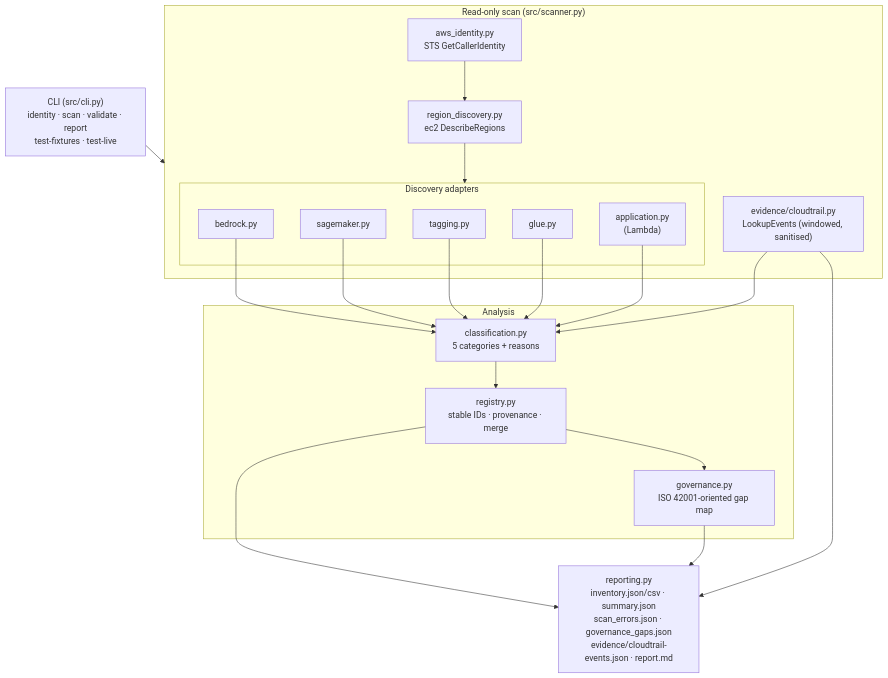
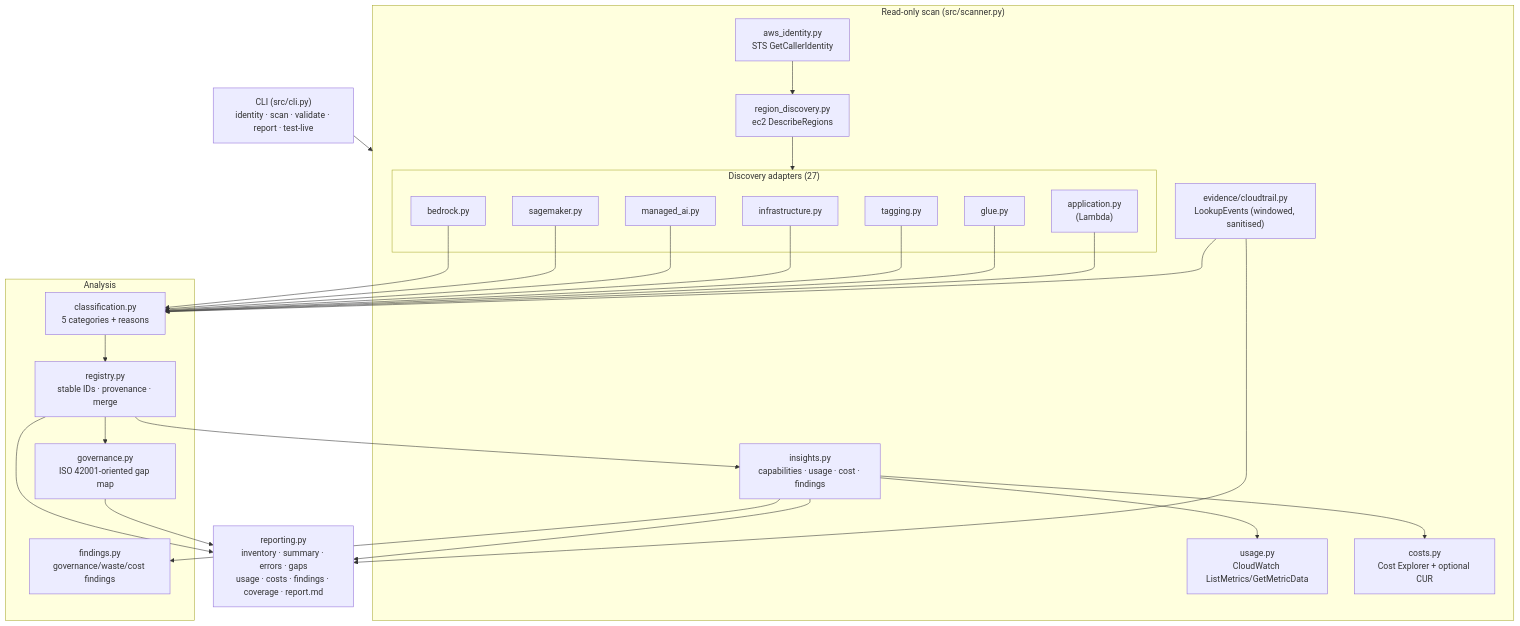
The diagram in docs/architecture.md (yashascoding/aws-ai-discovery-agent), drawn with Mermaid before and after one commit. The commit also changed other lines of this file and 6 other files, not shown here.

Commit message:
docs: document discovery, AWS access, and scan limits

````diff
--- a/docs/architecture.md
+++ b/docs/architecture.md
@@ -16,40 +16,53 @@
 ```mermaid
 flowchart TD
-    CLI["CLI (src/cli.py)<br/>identity · scan · validate · report<br/>test-fixtures · test-live"]
+    CLI["CLI (src/cli.py)<br/>identity · scan · validate · report · test-live"]
 
     subgraph Scan["Read-only scan (src/scanner.py)"]
         ID["aws_identity.py<br/>STS GetCallerIdentity"]
         REG["region_discovery.py<br/>ec2 DescribeRegions"]
-        subgraph Discovery["Discovery adapters"]
+        subgraph Discovery["Discovery adapters (27)"]
             BR["bedrock.py"]
             SM["sagemaker.py"]
+            MA["managed_ai.py"]
+            INF["infrastructure.py"]
             TAG["tagging.py"]
             GL["glue.py"]
             APP["application.py<br/>(Lambda)"]
         end
         CT["evidence/cloudtrail.py<br/>LookupEvents (windowed, sanitised)"]
+        INS["insights.py<br/>capabilities · usage · cost · findings"]
+        UW["usage.py<br/>CloudWatch ListMetrics/GetMetricData"]
+        CO["costs.py<br/>Cost Explorer + optional CUR"]
     end
 
     subgraph Analysis
         CLS["classification.py<br/>5 categories + reasons"]
         REGR["registry.py<br/>stable IDs · provenance · merge"]
         GOV["governance.py<br/>ISO 42001-oriented gap map"]
+        FND["findings.py<br/>governance/waste/cost findings"]
     end
 
-    OUT["reporting.py<br/>inventory.json/csv · summary.json<br/>scan_errors.json · governance_gaps.json<br/>evidence/cloudtrail-events.json · report.md"]
+    OUT["reporting.py<br/>inventory · summary · errors · gaps<br/>usage · costs · findings · coverage · report.md"]
 
     CLI --> Scan
     ID --> REG
     REG --> Discovery
     BR --> CLS
     SM --> CLS
+    MA --> CLS
+    INF --> CLS
     TAG --> CLS
     GL --> CLS
     APP --> CLS
     CT --> CLS
     CLS --> REGR
+    REGR --> INS
+    INS --> UW
+    INS --> CO
+    INS --> FND
     REGR --> GOV
     REGR --> OUT
     GOV --> OUT
+    INS --> OUT
     CT --> OUT
 ```
````
